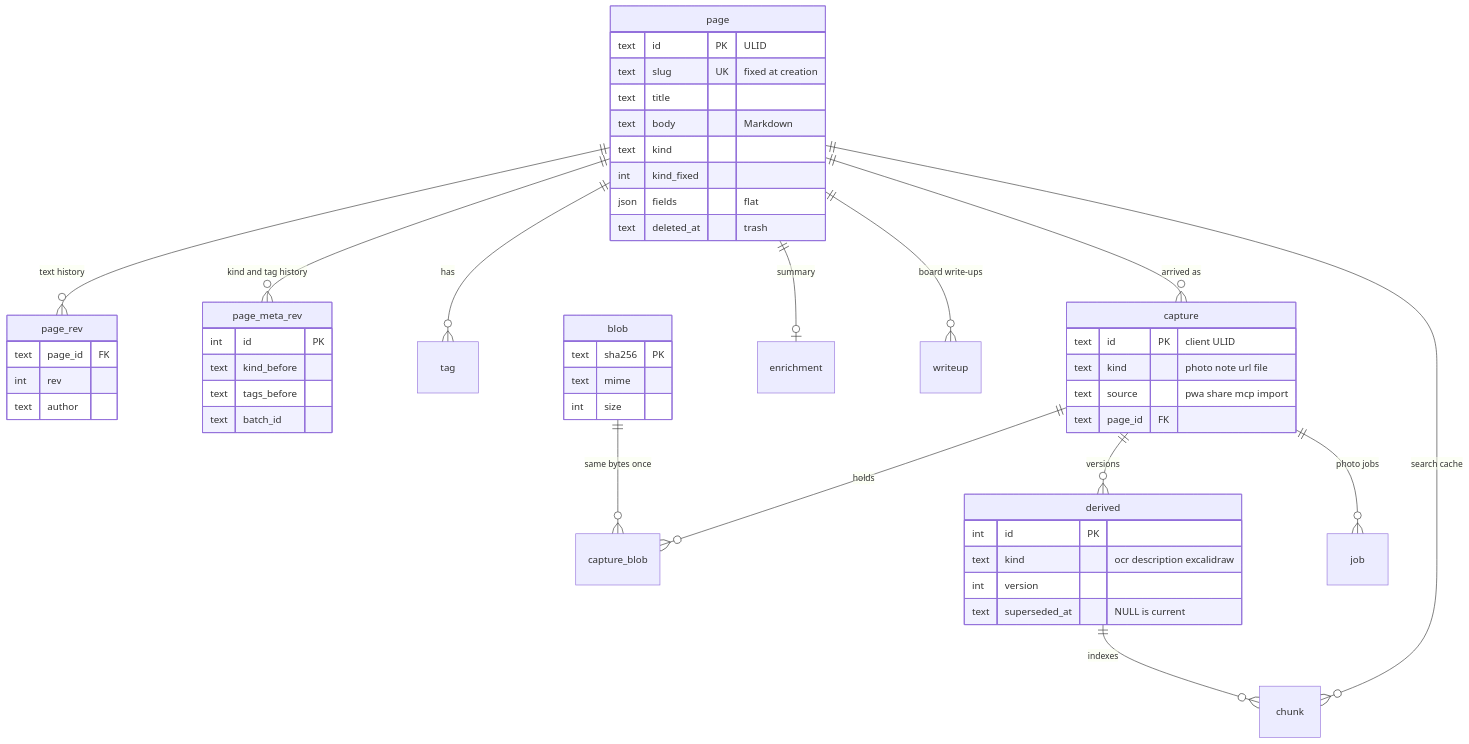
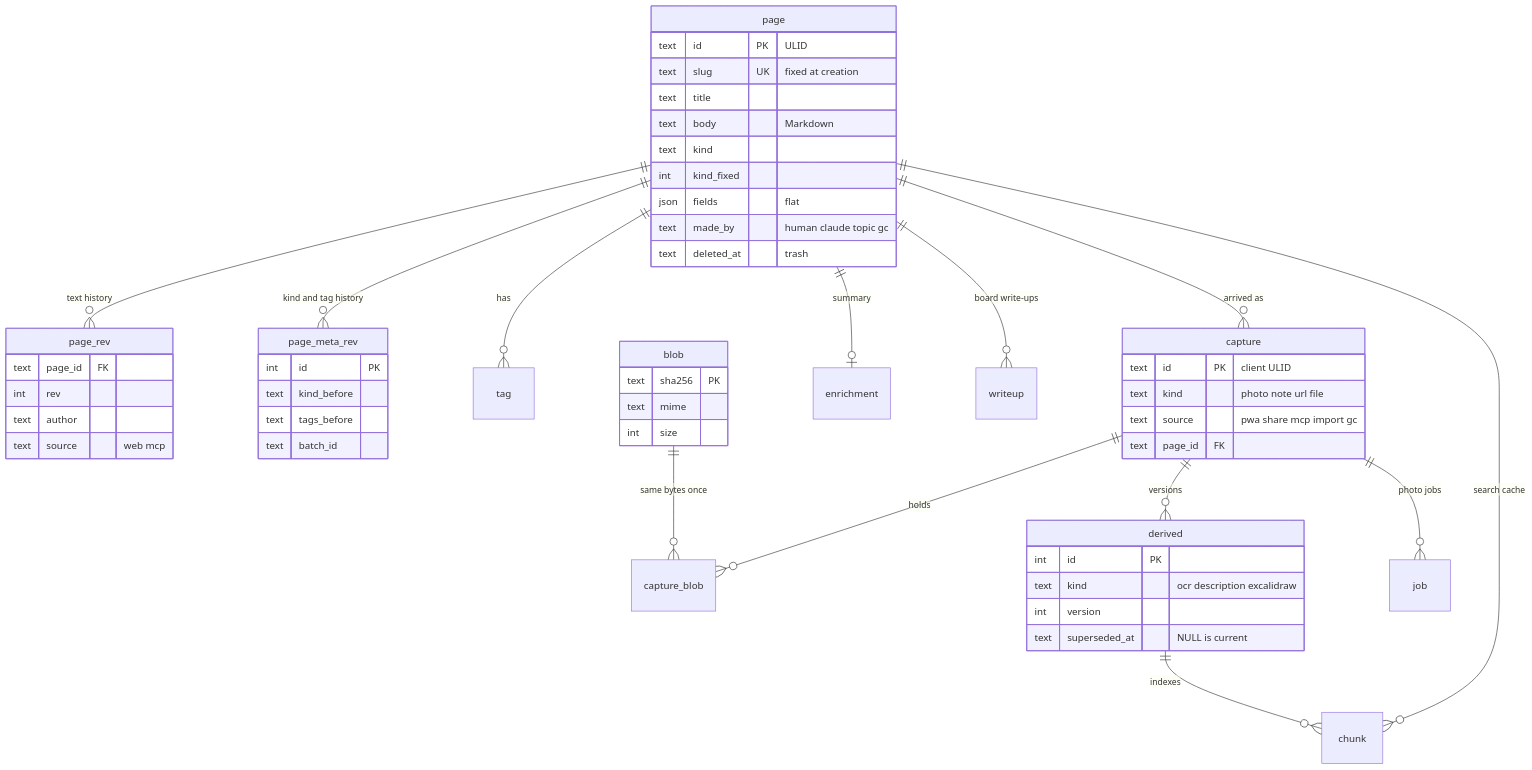
Before and after one commit to gilesknap/scrap: the first of 5 diagrams in docs/explanations/architecture/data-model.md, drawn with Mermaid. The commit also changed other lines of this file and 26 other files, not shown here.

First line of the commit message:
Store who made a page and where each text revision came from (#280 step 3, #153)

````diff
--- a/docs/explanations/architecture/data-model.md
+++ b/docs/explanations/architecture/data-model.md
@@ -15,53 +15,55 @@
 ```mermaid
 erDiagram
     page ||--o{ page_rev : "text history"
     page ||--o{ page_meta_rev : "kind and tag history"
     page ||--o{ tag : has
     page ||--o{ capture : "arrived as"
     page ||--o| enrichment : "summary"
     page ||--o{ writeup : "board write-ups"
     page ||--o{ chunk : "search cache"
     capture ||--o{ capture_blob : holds
     blob ||--o{ capture_blob : "same bytes once"
     capture ||--o{ derived : "versions"
     capture ||--o{ job : "photo jobs"
     derived ||--o{ chunk : indexes
     page {
         text id PK "ULID"
         text slug UK "fixed at creation"
         text title
         text body "Markdown"
         text kind
         int kind_fixed
         json fields "flat"
+        text made_by "human claude topic gc"
         text deleted_at "trash"
     }
     blob {
         text sha256 PK
         text mime
         int size
     }
     capture {
         text id PK "client ULID"
         text kind "photo note url file"
-        text source "pwa share mcp import"
+        text source "pwa share mcp import gc"
         text page_id FK
     }
     derived {
         int id PK
         text kind "ocr description excalidraw"
         int version
         text superseded_at "NULL is current"
     }
     page_rev {
         text page_id FK
         int rev
         text author
+        text source "web mcp"
     }
     page_meta_rev {
         int id PK
         text kind_before
         text tags_before
         text batch_id
     }
 ```
````
